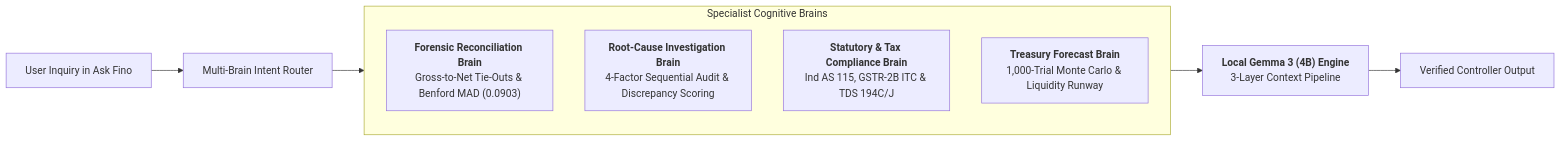
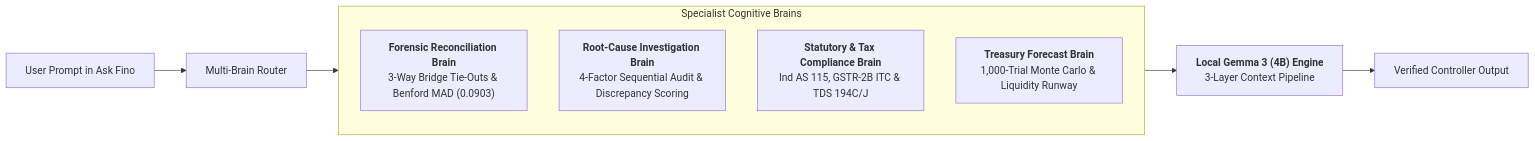
One commit to sharancode3/Finora changed the second of 4 diagrams in README.md. Above: the diagram before and after it, drawn with Mermaid. The commit also changed other lines of this file, not shown here.

Commit message:
docs: finalize world-class institutional README with dedicated Agentic Multi-Brain architecture and zero emojis

````diff
--- a/README.md
+++ b/README.md
@@ -93,16 +95,16 @@
 ```mermaid
 flowchart LR
-    Q[User Inquiry in Ask Fino] --> R[Multi-Brain Intent Router]
+    Q[User Prompt in Ask Fino] --> R[Multi-Brain Router]
     
     subgraph Brains [Specialist Cognitive Brains]
         direction TB
-        B1["<b>Forensic Reconciliation Brain</b><br/>Gross-to-Net Tie-Outs & Benford MAD (0.0903)"]
+        B1["<b>Forensic Reconciliation Brain</b><br/>3-Way Bridge Tie-Outs & Benford MAD (0.0903)"]
         B2["<b>Root-Cause Investigation Brain</b><br/>4-Factor Sequential Audit & Discrepancy Scoring"]
         B3["<b>Statutory & Tax Compliance Brain</b><br/>Ind AS 115, GSTR-2B ITC & TDS 194C/J"]
         B4["<b>Treasury Forecast Brain</b><br/>1,000-Trial Monte Carlo & Liquidity Runway"]
     end
     
     R --> Brains
     Brains --> G["<b>Local Gemma 3 (4B) Engine</b><br/>3-Layer Context Pipeline"]
     G --> Ans[Verified Controller Output]
 ```
````
